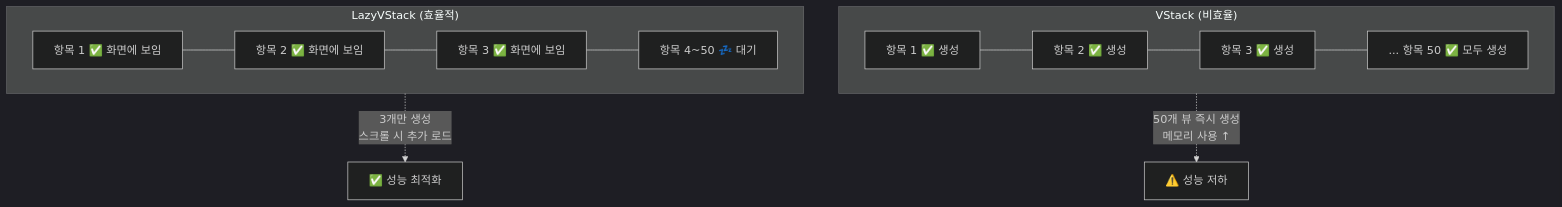
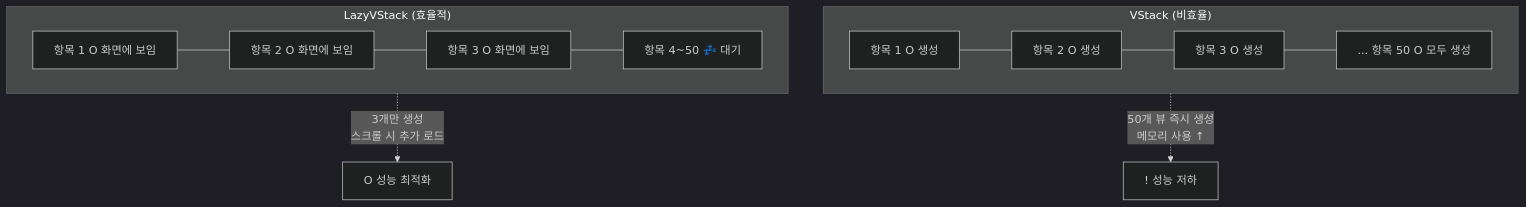
Before and after one commit to jsonpassion/forge-tutorial-swift: the third of 4 diagrams in 03-swiftui-start/05-lists-scroll.md, drawn with Mermaid (dark theme). The commit also changed other lines of this file and 69 other files, not shown here.

````diff
--- a/03-swiftui-start/05-lists-scroll.md
+++ b/03-swiftui-start/05-lists-scroll.md
@@ -336,15 +336,15 @@
 ```mermaid
 flowchart TD
     subgraph VS["VStack (비효율)"]
-        V1["항목 1 ✅ 생성"] --- V2["항목 2 ✅ 생성"]
-        V2 --- V3["항목 3 ✅ 생성"]
-        V3 --- V4["... 항목 50 ✅ 모두 생성"]
+        V1["항목 1 O 생성"] --- V2["항목 2 O 생성"]
+        V2 --- V3["항목 3 O 생성"]
+        V3 --- V4["... 항목 50 O 모두 생성"]
     end
     subgraph LV["LazyVStack (효율적)"]
-        L1["항목 1 ✅ 화면에 보임"] --- L2["항목 2 ✅ 화면에 보임"]
-        L2 --- L3["항목 3 ✅ 화면에 보임"]
+        L1["항목 1 O 화면에 보임"] --- L2["항목 2 O 화면에 보임"]
+        L2 --- L3["항목 3 O 화면에 보임"]
         L3 --- L4["항목 4~50 💤 대기"]
     end
-    VS -.->|"50개 뷰 즉시 생성\n메모리 사용 ↑"| BAD["⚠️ 성능 저하"]
-    LV -.->|"3개만 생성\n스크롤 시 추가 로드"| GOOD["✅ 성능 최적화"]
+    VS -.->|"50개 뷰 즉시 생성<br/>메모리 사용 ↑"| BAD["! 성능 저하"]
+    LV -.->|"3개만 생성<br/>스크롤 시 추가 로드"| GOOD["O 성능 최적화"]
 ```
````
